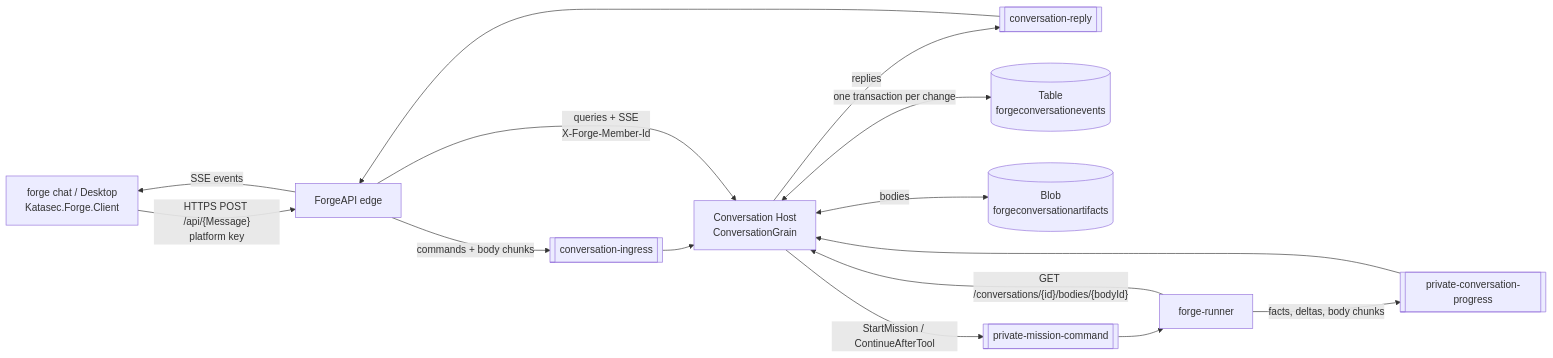
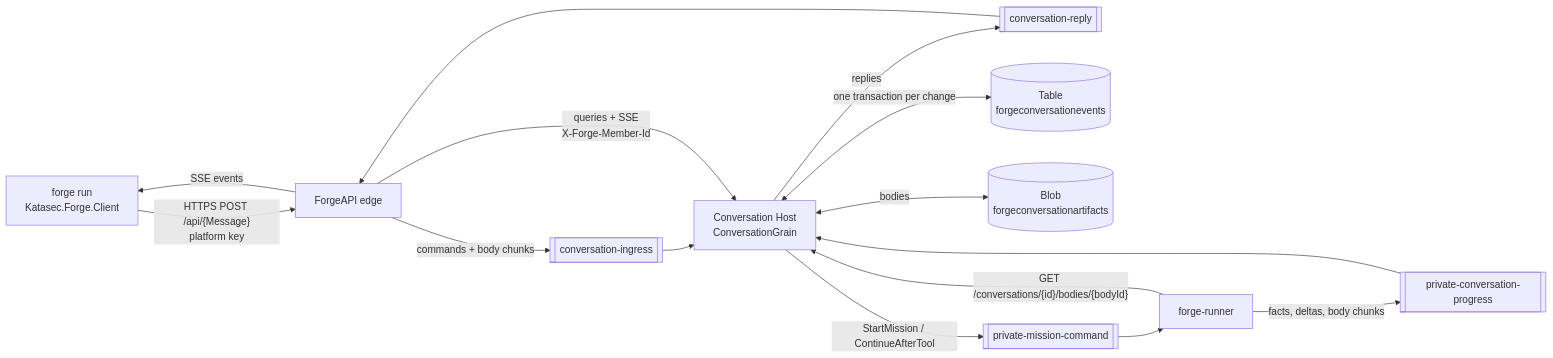
Before and after one commit to katasec/mission-control-language: the first of 14 diagrams in docs/design/how-conversations-work.md, drawn with Mermaid. The commit also changed other lines of this file and 711 other files, not shown here.

````diff
--- a/docs/design/how-conversations-work.md
+++ b/docs/design/how-conversations-work.md
@@ -19,17 +32,17 @@
 ```mermaid
 flowchart LR
-  CLI["forge chat / Desktop<br/>Katasec.Forge.Client"] -->|"HTTPS POST /api/{Message}<br/>platform key"| API["ForgeAPI edge"]
+  CLI["forge run<br/>Katasec.Forge.Client"] -->|"HTTPS POST /api/{Message}<br/>platform key"| API["ForgeAPI edge"]
   API -->|"SSE events"| CLI
   API -->|"commands + body chunks"| ING[["conversation-ingress"]]
   ING --> HOST["Conversation Host<br/>ConversationGrain"]
   HOST -->|"replies"| REP[["conversation-reply"]]
   REP --> API
   API -->|"queries + SSE<br/>X-Forge-Member-Id"| HOST
   HOST <-->|"one transaction per change"| TBL[("Table<br/>forgeconversationevents")]
   HOST <-->|"bodies"| BLOB[("Blob<br/>forgeconversationartifacts")]
   HOST -->|"StartMission / ContinueAfterTool"| CMD[["private-mission-command"]]
   CMD --> RUN["forge-runner"]
   RUN -->|"facts, deltas, body chunks"| PRG[["private-conversation-progress"]]
   PRG --> HOST
   RUN -->|"GET /conversations/{id}/bodies/{bodyId}"| HOST
 ```
````
